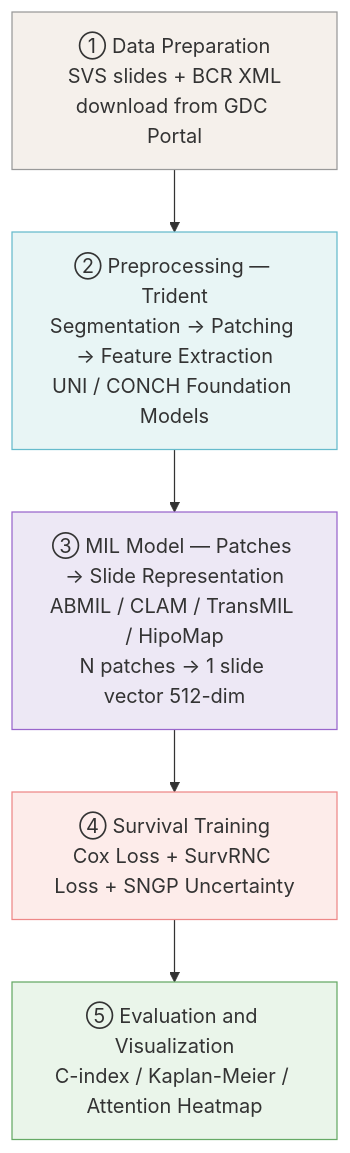
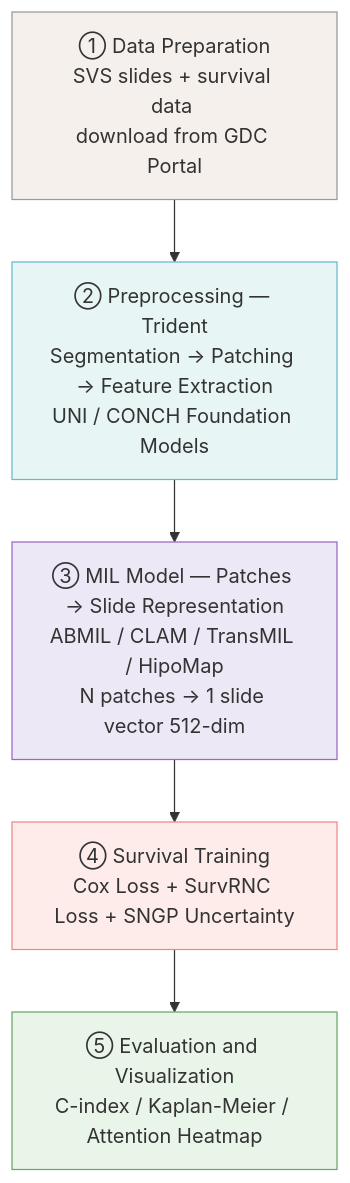
Before and after one commit to RobertxPearce/histopathology-survival-analysis: the diagram in README.md, drawn with Mermaid.

````diff
--- a/README.md
+++ b/README.md
@@ -5,16 +5,16 @@
 ```mermaid
 flowchart TD
-    A["① Data Preparation\nSVS slides + BCR XML\ndownload from GDC Portal"]
+    A["① Data Preparation\nSVS slides + survival data \ndownload from GDC Portal"]
     B["② Preprocessing — Trident\nSegmentation → Patching → Feature Extraction\nUNI / CONCH Foundation Models"]
     C["③ MIL Model — Patches → Slide Representation\nABMIL / CLAM / TransMIL / HipoMap\nN patches → 1 slide vector 512-dim"]
     D["④ Survival Training\nCox Loss + SurvRNC Loss + SNGP Uncertainty"]
     E["⑤ Evaluation and Visualization\nC-index / Kaplan-Meier / Attention Heatmap"]
 
     A --> B --> C --> D --> E
 
     style A fill:#f5f0eb,stroke:#999
     style B fill:#e8f5f5,stroke:#6bc
     style C fill:#ede8f5,stroke:#96c
     style D fill:#fdecea,stroke:#e88
     style E fill:#eaf5ea,stroke:#6a6
 ```
````
